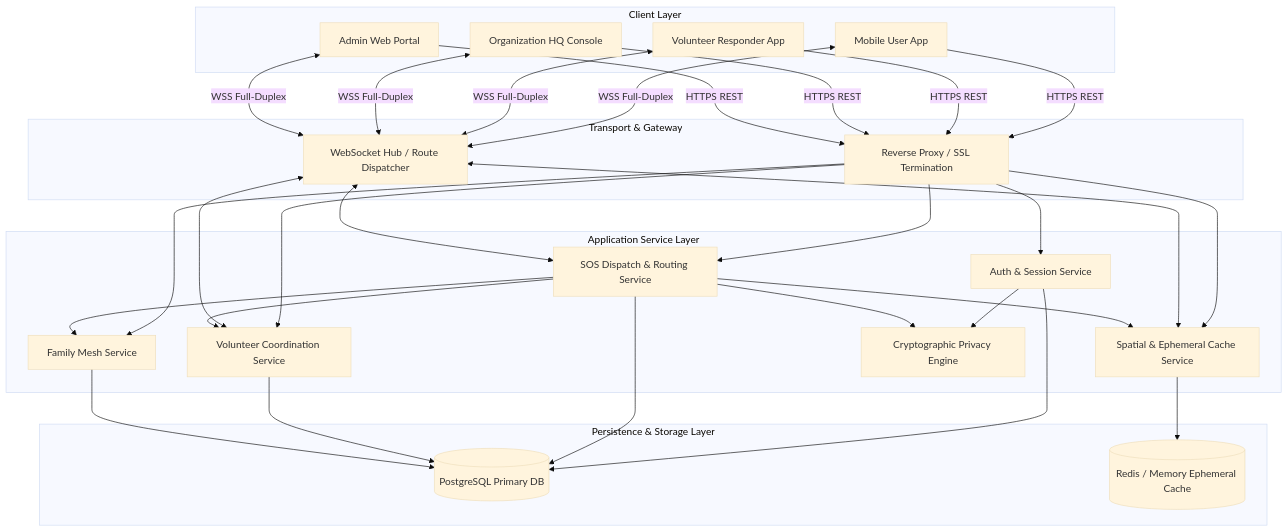
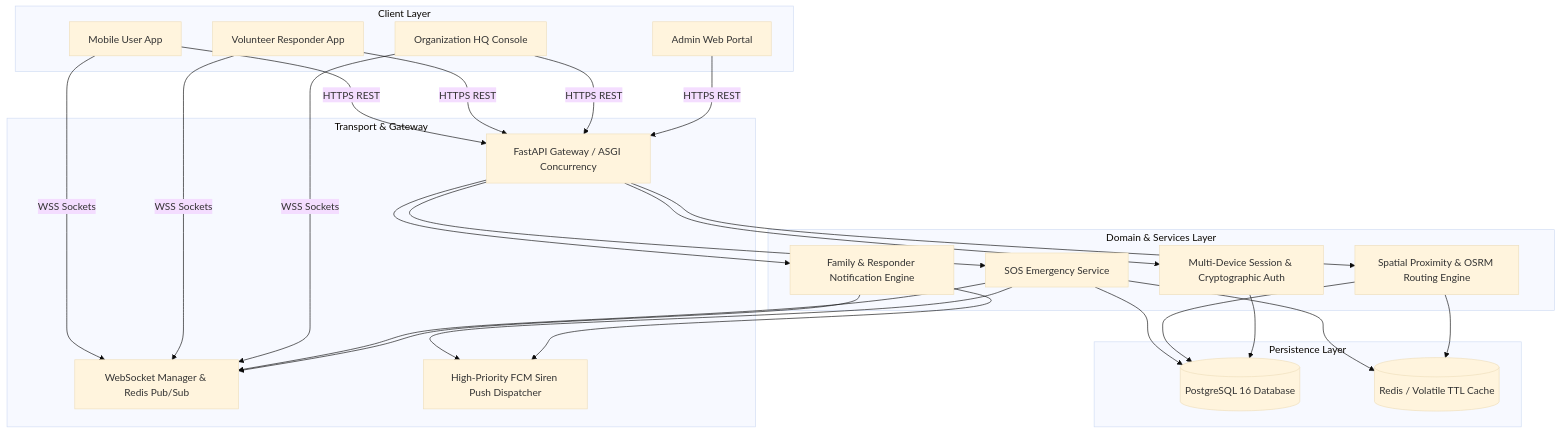
The first of 5 diagrams in system_specification.md (Script-By-Lin/KhuNyiKalSal), drawn with Mermaid (base theme) before and after one commit. The commit also changed other lines of this file and 5 other files, not shown here.

Commit message:
feat: Allow org to assign emergency to specific volunteer and overhaul mission map view UI

````diff
--- a/system_specification.md
+++ b/system_specification.md
@@ -91,42 +76,35 @@
 ```mermaid
 graph TD
     subgraph Client Layer
         A[Mobile User App]
         B[Volunteer Responder App]
         C[Organization HQ Console]
         D[Admin Web Portal]
     end
 
     subgraph Transport & Gateway
-        GW[Reverse Proxy / SSL Termination]
-        WSG[WebSocket Hub / Route Dispatcher]
+        GW[FastAPI Gateway / ASGI Concurrency]
+        WS[WebSocket Manager & Redis Pub/Sub]
+        FCM[High-Priority FCM Siren Push Dispatcher]
     end
 
-    subgraph Application Service Layer
-        AUTH[Auth & Session Service]
-        SOS[SOS Dispatch & Routing Service]
-        LOC[Spatial & Ephemeral Cache Service]
-        VOL[Volunteer Coordination Service]
-        FAM[Family Mesh Service]
-        SEC[Cryptographic Privacy Engine]
+    subgraph Domain & Services Layer
+        SOS[SOS Emergency Service]
+        LOC[Spatial Proximity & OSRM Routing Engine]
+        AUTH[Multi-Device Session & Cryptographic Auth]
+        NOTIF[Family & Responder Notification Engine]
     end
 
-    subgraph Persistence & Storage Layer
-        DB[(PostgreSQL Primary DB)]
-        CACHE[(Redis / Memory Ephemeral Cache)]
+    subgraph Persistence Layer
+        DB[(PostgreSQL 16 Database)]
+        CACHE[(Redis / Volatile TTL Cache)]
     end
 
     A & B & C & D -->|HTTPS REST| GW
-    A & B & C & D <-->|WSS Full-Duplex| WSG
-
-    GW --> AUTH & SOS & LOC & VOL & FAM
-    WSG <--> SOS & VOL & LOC
-
-    AUTH --> SEC
+    A & B & C -->|WSS Sockets| WS
+    GW --> AUTH & SOS & LOC & NOTIF
+    SOS --> WS & FCM & CACHE & DB
+    LOC --> CACHE & DB
     AUTH --> DB
-    SOS --> LOC & VOL & FAM & SEC
-    SOS --> DB
-    LOC --> CACHE
-    VOL --> DB
-    FAM --> DB
+    NOTIF --> WS & FCM
 ```
````
